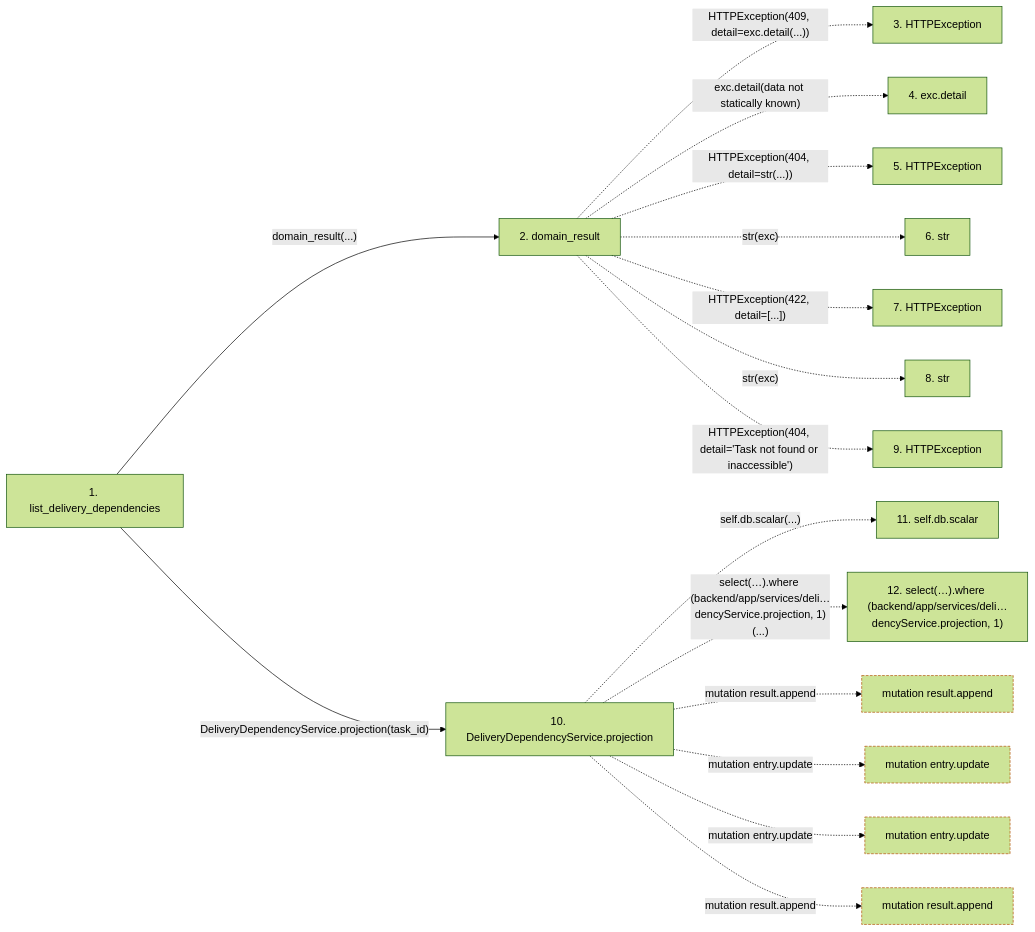
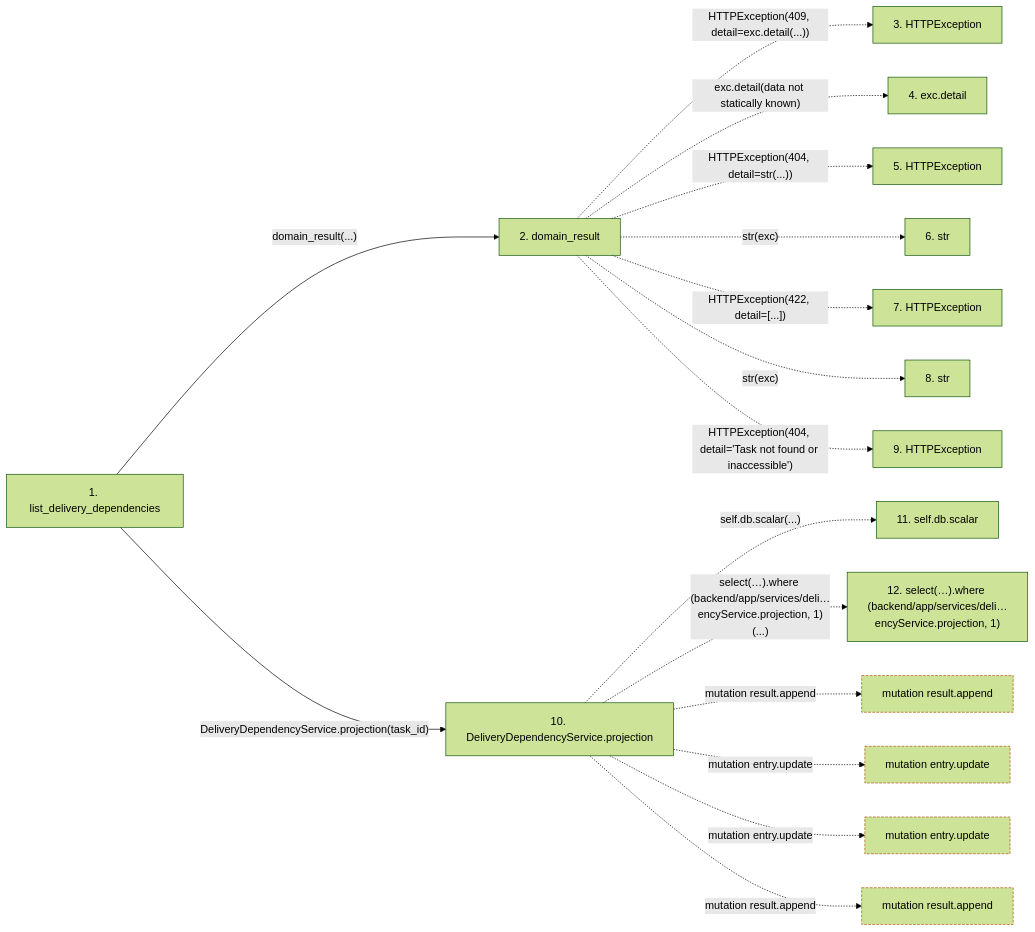
The second of 2 diagrams in docs/llm_wiki/flows/http-list_delivery_dependencies.md (Denissvgn/WorkChord), drawn with Mermaid (forest theme) before and after one commit. The commit also changed other lines of this file and 693 other files, not shown here.

Commit message:
Sync the architectural wiki for superseding work with an accepted successor

````diff
--- a/docs/llm_wiki/flows/http-list_delivery_dependencies.md
+++ b/docs/llm_wiki/flows/http-list_delivery_dependencies.md
@@ -132,42 +133,42 @@
 ```mermaid
 flowchart LR
     s1["1. list_delivery_dependencies"]
     s2["2. domain_result"]
     s3["3. HTTPException"]
     s4["4. exc.detail"]
     s5["5. HTTPException"]
     s6["6. str"]
     s7["7. HTTPException"]
     s8["8. str"]
     s9["9. HTTPException"]
     s10["10. DeliveryDependencyService.projection"]
     s11["11. self.db.scalar"]
-    s12["12. select(…).where (backend/app/services/deli…dencyService.projection, 1)"]
+    s12["12. select(…).where (backend/app/services/deli…encyService.projection, 1)"]
     s1 -->|"domain_result(...)"| s2
     s2 -. "HTTPException(409, detail=exc.detail(...))" .-> s3
     s2 -. "exc.detail(data not statically known)" .-> s4
     s2 -. "HTTPException(404, detail=str(...))" .-> s5
     s2 -. "str(exc)" .-> s6
     s2 -. "HTTPException(422, detail=[...])" .-> s7
     s2 -. "str(exc)" .-> s8
     s2 -. "HTTPException(404, detail='Task not found or inaccessible')" .-> s9
     s1 -->|"DeliveryDependencyService.projection(task_id)"| s10
     s10 -. "self.db.scalar(...)" .-> s11
-    s10 -. "select(…).where (backend/app/services/deli…dencyService.projection, 1)(...)" .-> s12
+    s10 -. "select(…).where (backend/app/services/deli…encyService.projection, 1)(...)" .-> s12
     b0["mutation result.append"]
     s10 -. "mutation result.append" .-> b0
     b1["mutation entry.update"]
     s10 -. "mutation entry.update" .-> b1
     b2["mutation entry.update"]
     s10 -. "mutation entry.update" .-> b2
     b3["mutation result.append"]
     s10 -. "mutation result.append" .-> b3
     click s1 "../modules/delivery_dependencies.md"
     click s2 "../modules/routers_task_domain.md"
     click s10 "../modules/delivery_dependency_service.md"
     classDef boundary stroke:#b45309,stroke-dasharray: 4 2
     class b0 boundary
     class b1 boundary
     class b2 boundary
     class b3 boundary
 ```
````
